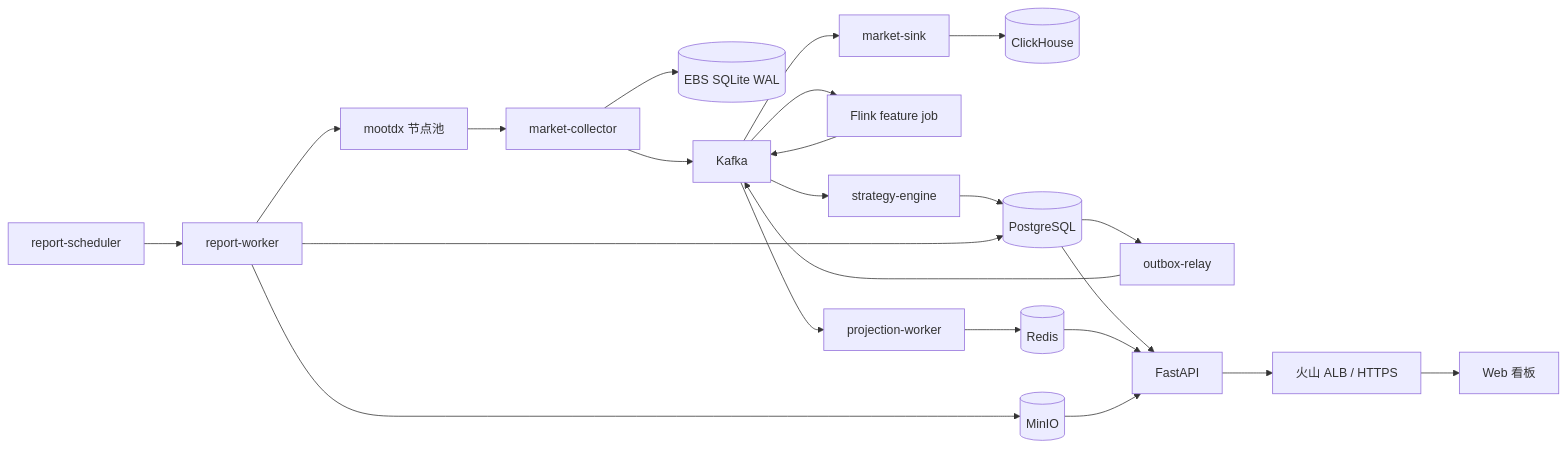
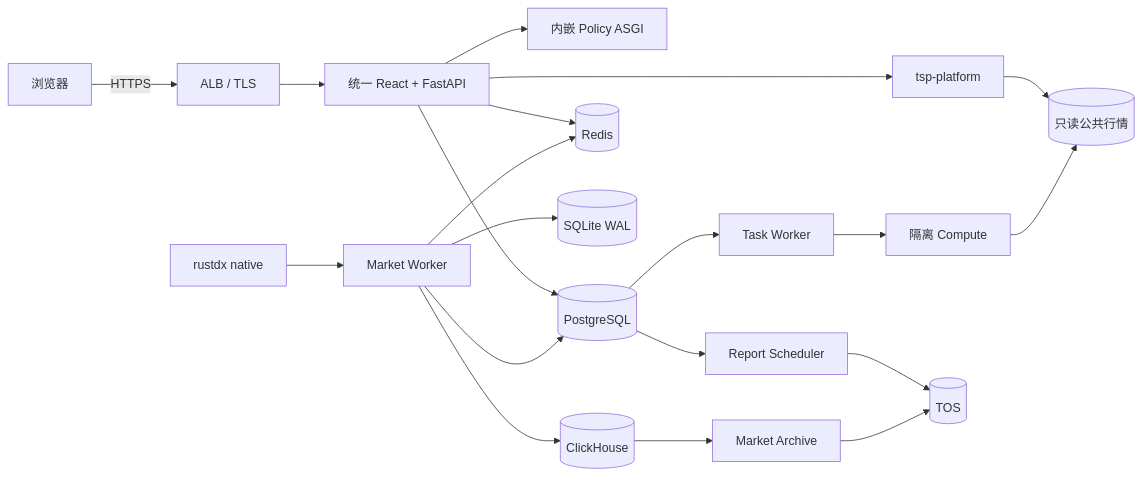
Before and after one commit to jelven007/LSS: the diagram in docs/02-architecture.md, drawn with Mermaid. The commit also changed other lines of this file and 60 other files, not shown here.

````diff
--- a/docs/02-architecture.md
+++ b/docs/02-architecture.md
@@ -41,25 +19,25 @@
 ```mermaid
 flowchart LR
-    M[mootdx 节点池] --> C[market-collector]
-    C --> WAL[(EBS SQLite WAL)]
-    C --> K[Kafka]
-    K --> MS[market-sink]
-    MS --> CH[(ClickHouse)]
-    K --> F[Flink feature job]
-    F --> K
-    K --> SE[strategy-engine]
-    SE --> PG[(PostgreSQL)]
-    PG --> O[outbox-relay]
-    O --> K
-    K --> P[projection-worker]
-    P --> RD[(Redis)]
-    S[report-scheduler] --> RW[report-worker]
-    RW --> M
-    RW --> PG
-    RW --> OBJ[(MinIO)]
-    PG --> API[FastAPI]
-    RD --> API
-    OBJ --> API
-    API --> ALB[火山 ALB / HTTPS]
-    ALB --> WEB[Web 看板]
+    U[浏览器] -->|HTTPS| ALB[ALB / TLS]
+    ALB --> APP[统一 React + FastAPI]
+    APP --> POLICY[内嵌 Policy ASGI]
+    APP --> PLATFORM[tsp-platform]
+    APP --> PG[(PostgreSQL)]
+    APP --> RD[(Redis)]
+
+    RDX[rustdx native] --> MW[Market Worker]
+    MW --> WAL[(SQLite WAL)]
+    MW --> CH[(ClickHouse)]
+    MW --> PG
+    MW --> RD
+
+    PG --> TASK[Task Worker]
+    TASK --> COMP[隔离 Compute]
+    PLATFORM --> PUBLIC[(只读公共行情)]
+    COMP --> PUBLIC
+
+    PG --> REPORT[Report Scheduler]
+    REPORT --> TOS[(TOS)]
+    CH --> ARCHIVE[Market Archive]
+    ARCHIVE --> TOS
 ```
````
